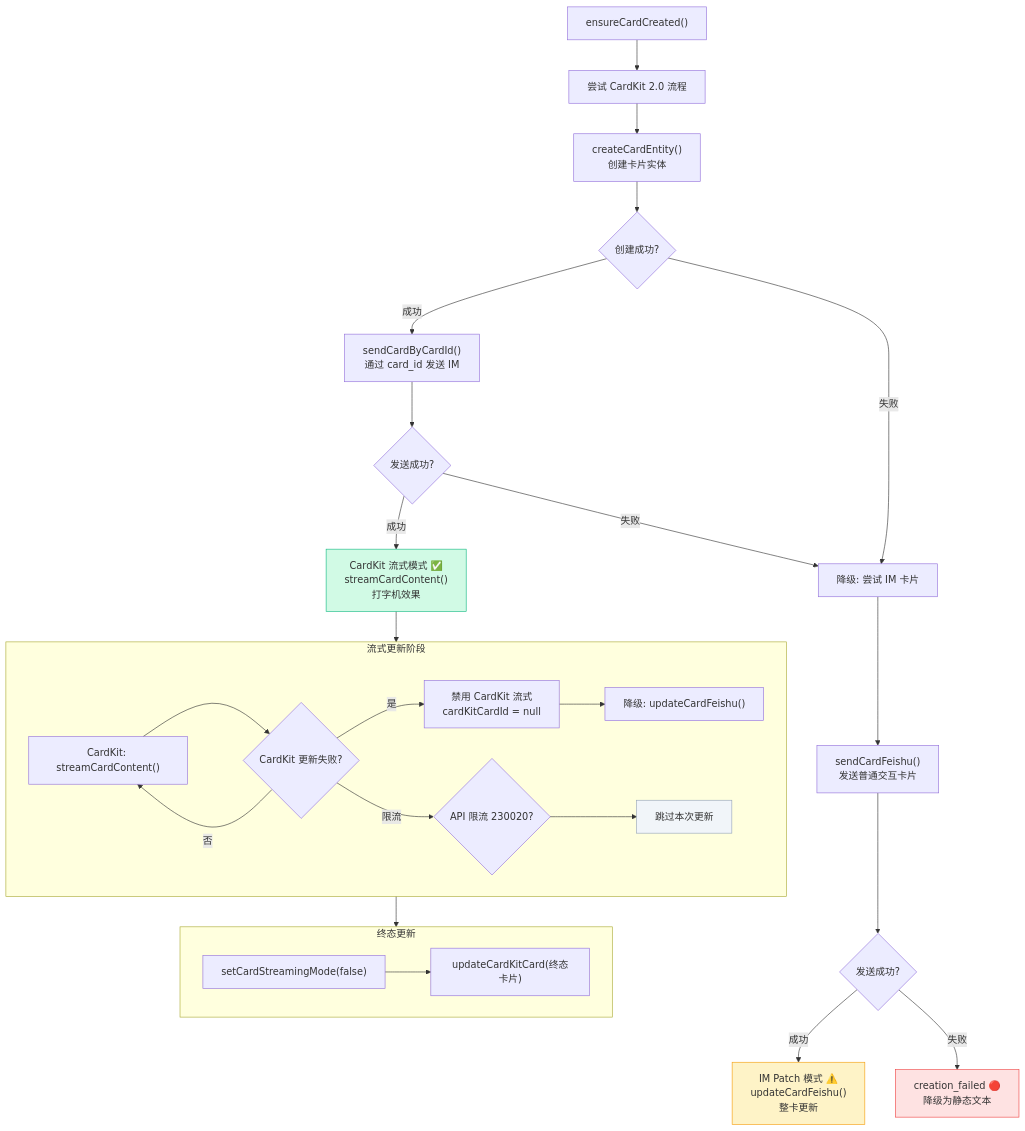
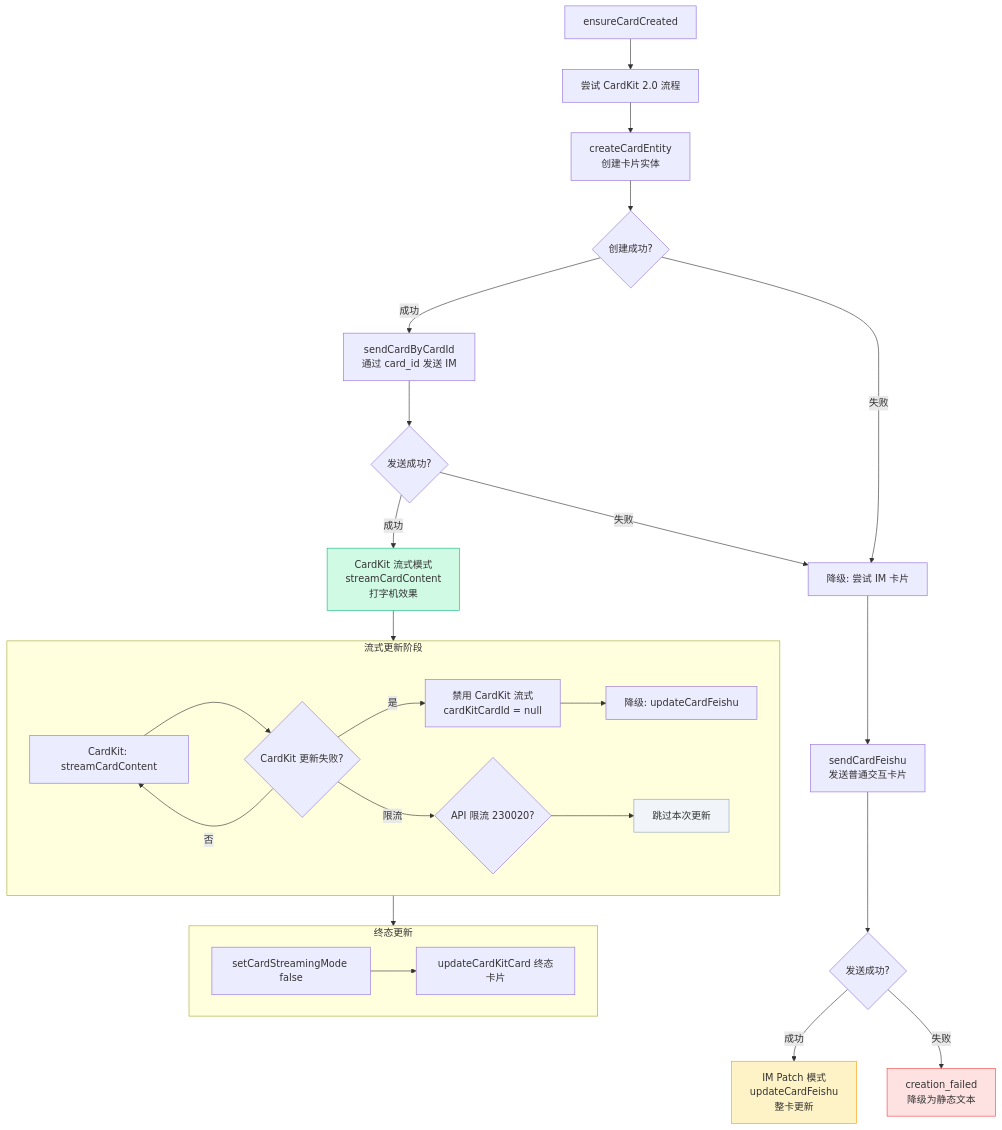
Before and after one commit to seansun32/openclaw-lark: the tenth of 10 diagrams in docs/arch.md, drawn with Mermaid. The commit also changed other lines of this file, not shown here.

First line of the commit message:
fix: remove parentheses from Mermaid node labels to fix GitHub rendering

````diff
--- a/docs/arch.md
+++ b/docs/arch.md
@@ -704,58 +694,58 @@
 ```mermaid
 flowchart TD
-    Start["ensureCardCreated()"]
+    Start["ensureCardCreated"]
 
     Start --> TryCardKit["尝试 CardKit 2.0 流程"]
 
-    TryCardKit --> CreateEntity["createCardEntity()<br/>创建卡片实体"]
-    CreateEntity --> CreateOK{创建成功?}
+    TryCardKit --> CreateEntity["createCardEntity<br/>创建卡片实体"]
+    CreateEntity --> CreateOK{"创建成功?"}
 
-    CreateOK -->|成功| SendByCardId["sendCardByCardId()<br/>通过 card_id 发送 IM"]
-    SendByCardId --> SendOK{发送成功?}
+    CreateOK -->|成功| SendByCardId["sendCardByCardId<br/>通过 card_id 发送 IM"]
+    SendByCardId --> SendOK{"发送成功?"}
 
-    SendOK -->|成功| CardKitStreaming["CardKit 流式模式 ✅<br/>streamCardContent()<br/>打字机效果"]
+    SendOK -->|成功| CardKitStreaming["CardKit 流式模式<br/>streamCardContent<br/>打字机效果"]
 
     CreateOK -->|失败| TryIMCard
     SendOK -->|失败| TryIMCard
 
     TryIMCard["降级: 尝试 IM 卡片"]
-    TryIMCard --> SendCard["sendCardFeishu()<br/>发送普通交互卡片"]
-    SendCard --> IMCardOK{发送成功?}
+    TryIMCard --> SendCard["sendCardFeishu<br/>发送普通交互卡片"]
+    SendCard --> IMCardOK{"发送成功?"}
 
-    IMCardOK -->|成功| IMPatchMode["IM Patch 模式 ⚠️<br/>updateCardFeishu()<br/>整卡更新"]
+    IMCardOK -->|成功| IMPatchMode["IM Patch 模式<br/>updateCardFeishu<br/>整卡更新"]
 
-    IMCardOK -->|失败| CreationFailed["creation_failed 🔴<br/>降级为静态文本"]
+    IMCardOK -->|失败| CreationFailed["creation_failed<br/>降级为静态文本"]
 
     subgraph StreamingUpdate["流式更新阶段"]
-        CKUpdate["CardKit: streamCardContent()"]
-        CKFail{CardKit 更新失败?}
+        CKUpdate["CardKit: streamCardContent"]
+        CKFail{"CardKit 更新失败?"}
         CKUpdate --> CKFail
         CKFail -->|是| DisableCK["禁用 CardKit 流式<br/>cardKitCardId = null"]
-        DisableCK --> IMUpdate["降级: updateCardFeishu()"]
+        DisableCK --> IMUpdate["降级: updateCardFeishu"]
         CKFail -->|否| CKUpdate
 
-        RateLimit{API 限流 230020?}
+        RateLimit{"API 限流 230020?"}
         CKFail -->|限流| RateLimit
         RateLimit --> Skip["跳过本次更新"]
     end
 
     CardKitStreaming --> StreamingUpdate
 
     subgraph FinalUpdate["终态更新"]
-        CloseStream["setCardStreamingMode(false)"]
-        FinalCard["updateCardKitCard(终态卡片)"]
+        CloseStream["setCardStreamingMode false"]
+        FinalCard["updateCardKitCard 终态卡片"]
         CloseStream --> FinalCard
     end
 
     StreamingUpdate --> FinalUpdate
 
     classDef success fill:#d1fae5,stroke:#10b981
     classDef warn fill:#fef3c7,stroke:#f59e0b
     classDef error fill:#fee2e2,stroke:#ef4444
     classDef neutral fill:#f1f5f9,stroke:#94a3b8
 
     class CardKitStreaming success
     class IMPatchMode warn
     class CreationFailed error
     class Skip neutral
 ```
````
